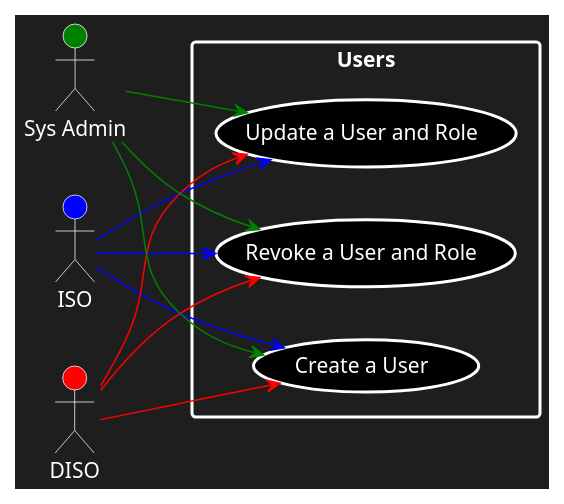
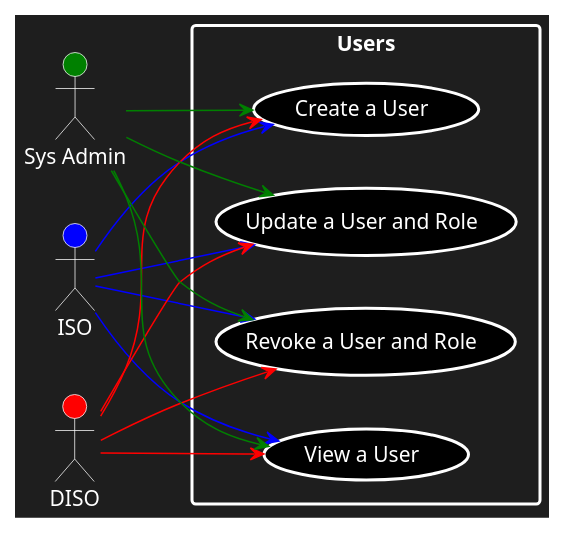
One commit to COS301-SE-2023/InfoSafe changed the diagram in Documentation/Diagrams/Users.puml. Above: the diagram before and after it, drawn with PlantUML.

Commit message:
Updated User Usecase diagram

```diff
--- a/Documentation/Diagrams/Users.puml
+++ b/Documentation/Diagrams/Users.puml
@@ -1,21 +1,25 @@
 @startuml
 skinparam backgroundColor #1e1e1e
 left to right direction
 actor "ISO" as iso #blue;text:white;line:white
 actor "DISO" as diso #red;text:white;line:white
 actor "Sys Admin" as sa #green;text:white;line:white
 rectangle Users #text:white;line.bold;line:white {
   usecase "Create a User" as UC1 #black;text:white;line.bold;line:white
   usecase "Update a User and Role" as UC2 #black;text:white;line.bold;line:white
   usecase "Revoke a User and Role" as UC3 #black;text:white;line.bold;line:white
+  usecase "View a User" as UC4 #black;text:white;line.bold;line:white
 }
 iso -[#blue]-> UC1
 iso -[#blue]-> UC2
 iso -[#blue]-> UC3
+iso -[#blue]-> UC4
 diso -[#red]-> UC1
 diso -[#red]-> UC2
 diso -[#red]-> UC3
+diso -[#red]-> UC4
 sa -[#green]-> UC1
 sa -[#green]-> UC2
 sa -[#green]-> UC3
+sa -[#green]-> UC4
 @enduml
```
